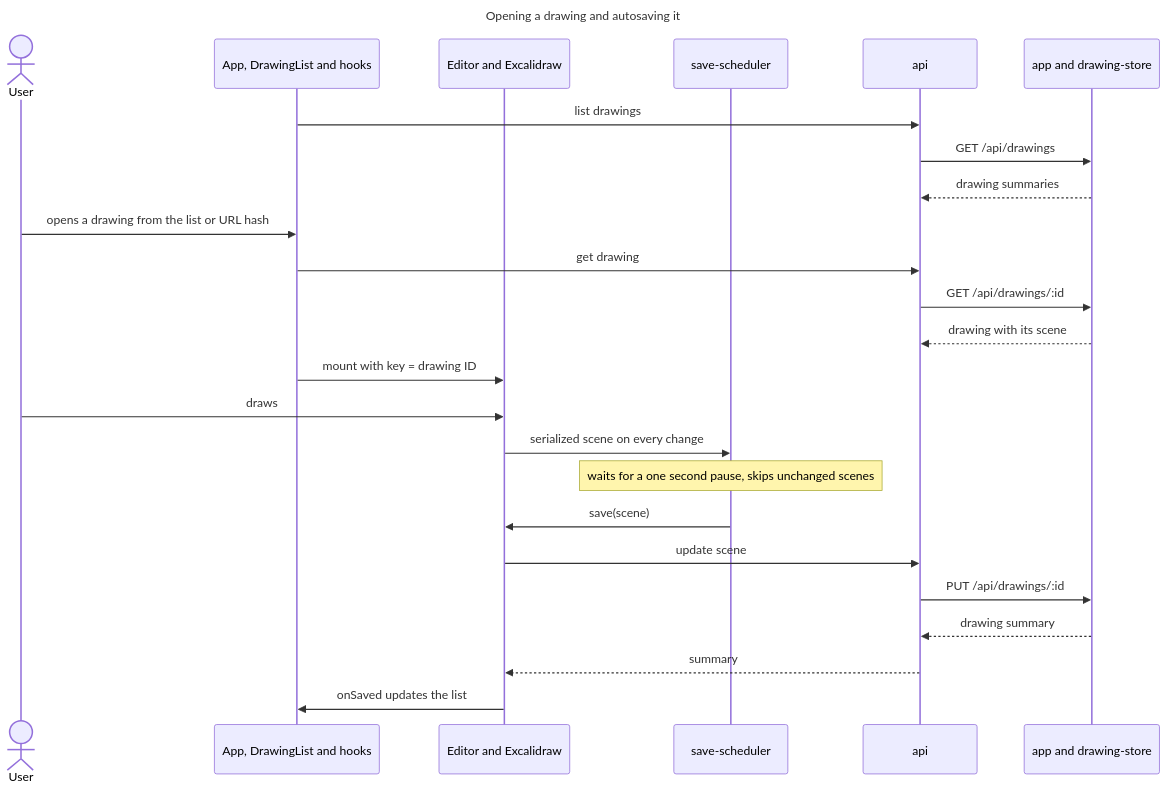
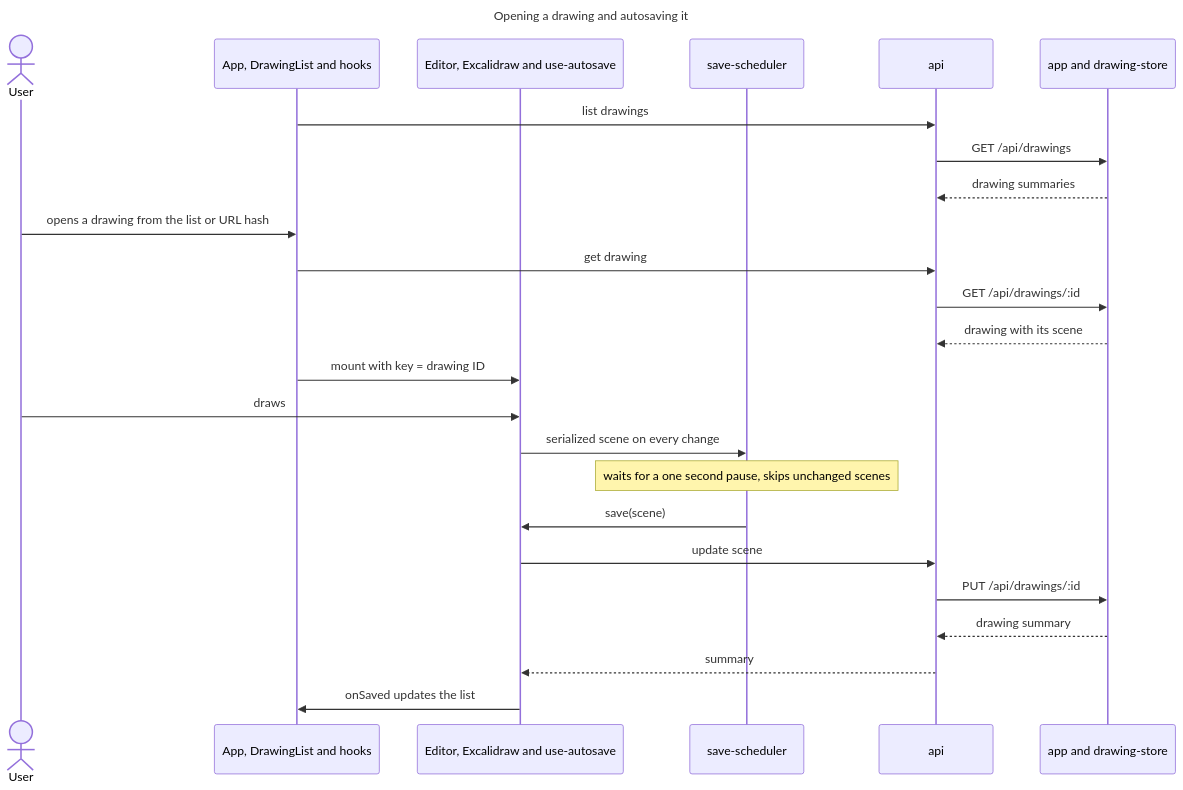
Before and after one commit to remshams/excalidraw-dashboard: the seventh of 9 diagrams in docs/architecture/architecture.md, drawn with Mermaid. The commit also changed other lines of this file and 1 other file, not shown here.

Commit message:
docs(Architecture): describe how the editor keeps previews current

````diff
--- a/docs/architecture/architecture.md
+++ b/docs/architecture/architecture.md
@@ -163,29 +187,29 @@
 ```mermaid
 ---
 title: Opening a drawing and autosaving it
 ---
 sequenceDiagram
     actor User
     participant App as App, DrawingList and hooks
-    participant Editor as Editor and Excalidraw
+    participant Editor as Editor, Excalidraw and use-autosave
     participant Scheduler as save-scheduler
     participant Api as api
     participant Server as app and drawing-store
     App->>Api: list drawings
     Api->>Server: GET /api/drawings
     Server-->>Api: drawing summaries
     User->>App: opens a drawing from the list or URL hash
     App->>Api: get drawing
     Api->>Server: GET /api/drawings/:id
     Server-->>Api: drawing with its scene
     App->>Editor: mount with key = drawing ID
     User->>Editor: draws
     Editor->>Scheduler: serialized scene on every change
     Note over Scheduler: waits for a one second pause, skips unchanged scenes
     Scheduler->>Editor: save(scene)
     Editor->>Api: update scene
     Api->>Server: PUT /api/drawings/:id
     Server-->>Api: drawing summary
     Api-->>Editor: summary
     Editor->>App: onSaved updates the list
 ```
````
